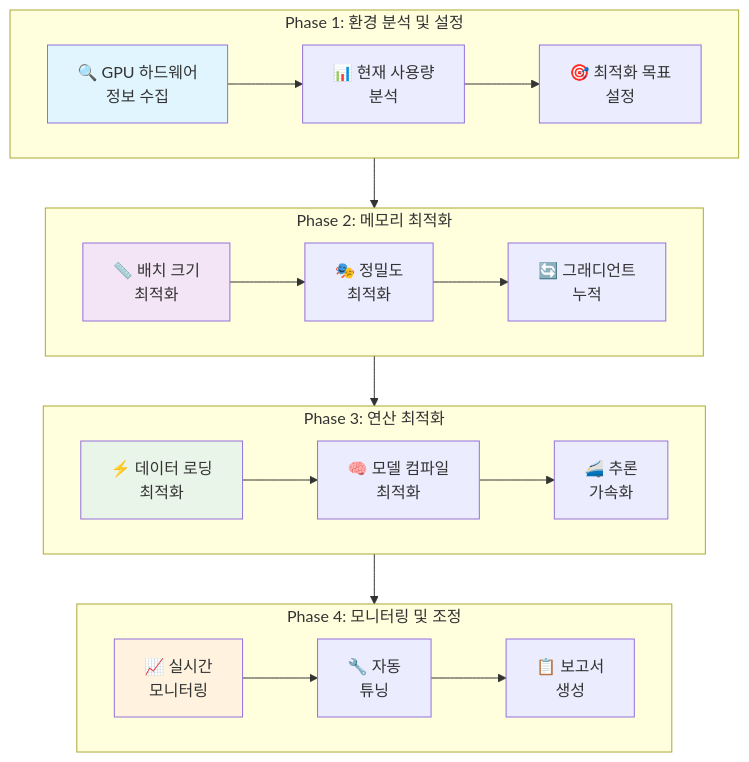
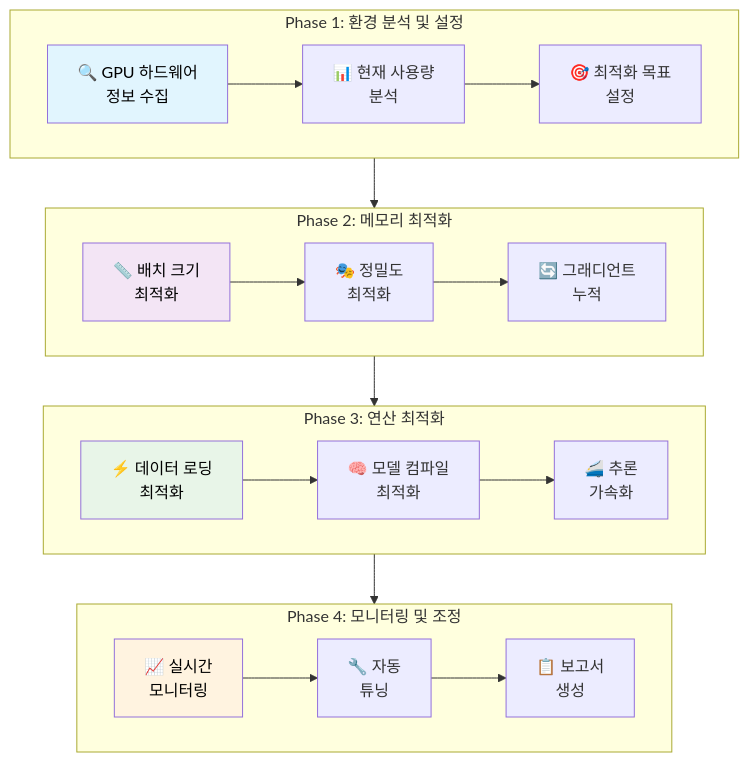
Before and after one commit to nimnusmik/CV_documents_classification_competition: the second of 3 diagrams in docs/최적화/GPU_최적화_가이드.md, drawn with Mermaid. The commit also changed other lines of this file and 11 other files, not shown here.

Commit message:
docs: mermaid 글자 색상 명확한 검정색으로 수정

````diff
--- a/docs/최적화/GPU_최적화_가이드.md
+++ b/docs/최적화/GPU_최적화_가이드.md
@@ -52,44 +52,44 @@
 ```mermaid
 flowchart TD
     subgraph Phase1 ["Phase 1: 환경 분석 및 설정"]
         direction LR
         A1["🔍 GPU 하드웨어<br/>정보 수집"]
         A2["📊 현재 사용량<br/>분석"]
         A3["🎯 최적화 목표<br/>설정"]
         A1 --> A2 --> A3
     end
     
     subgraph Phase2 ["Phase 2: 메모리 최적화"]
         direction LR
         B1["📏 배치 크기<br/>최적화"]
         B2["🎭 정밀도<br/>최적화"]
         B3["🔄 그래디언트<br/>누적"]
         B1 --> B2 --> B3
     end
     
     subgraph Phase3 ["Phase 3: 연산 최적화"]
         direction LR
         C1["⚡ 데이터 로딩<br/>최적화"]
         C2["🧠 모델 컴파일<br/>최적화"]
         C3["🚄 추론<br/>가속화"]
         C1 --> C2 --> C3
     end
     
     subgraph Phase4 ["Phase 4: 모니터링 및 조정"]
         direction LR
         D1["📈 실시간<br/>모니터링"]
         D2["🔧 자동<br/>튜닝"]
         D3["📋 보고서<br/>생성"]
         D1 --> D2 --> D3
     end
     
     %% 서브그래프 간 세로 연결
     Phase1 --> Phase2
     Phase2 --> Phase3
     Phase3 --> Phase4
     
-    style A1 fill:#e1f5fe
-    style B1 fill:#f3e5f5
-    style C1 fill:#e8f5e8
-    style D1 fill:#fff3e0
+    style A1 fill:#e1f5fe, color:#000000
+    style B1 fill:#f3e5f5, color:#000000
+    style C1 fill:#e8f5e8, color:#000000
+    style D1 fill:#fff3e0, color:#000000
 ```
````
